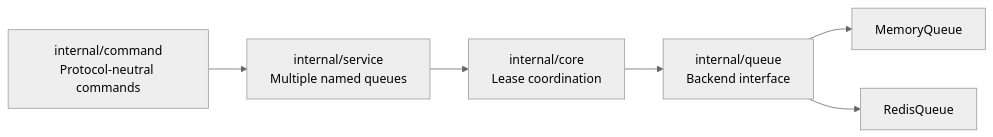
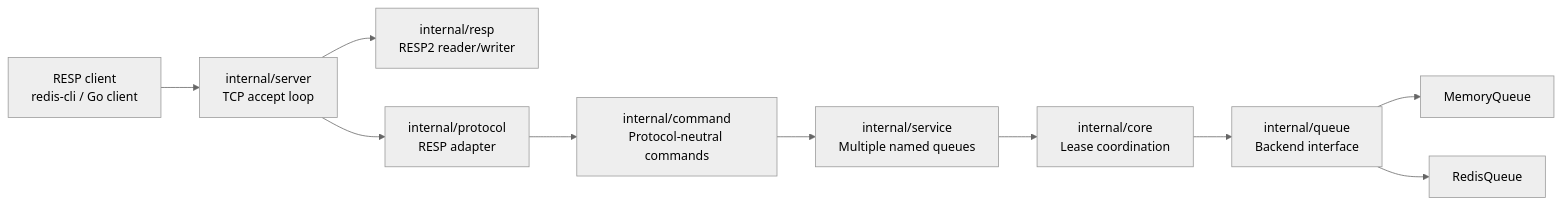
The diagram in README.md (tempoloss/moxy), drawn with Mermaid (neutral theme) before and after one commit. The commit also changed other lines of this file, not shown here.

First line of the commit message:
docs: Add TCP server usage

````diff
--- a/README.md
+++ b/README.md
@@ -86,15 +89,23 @@
 ```mermaid
 flowchart LR
+    Client["RESP client<br/>redis-cli / Go client"]
+    Server["internal/server<br/>TCP accept loop"]
+    RESP["internal/resp<br/>RESP2 reader/writer"]
+    Protocol["internal/protocol<br/>RESP adapter"]
     Command["internal/command<br/>Protocol-neutral commands"]
     Service["internal/service<br/>Multiple named queues"]
     Core["internal/core<br/>Lease coordination"]
     Queue["internal/queue<br/>Backend interface"]
     Memory["MemoryQueue"]
     Redis["RedisQueue"]
 
+    Client --> Server
+    Server --> RESP
+    Server --> Protocol
+    Protocol --> Command
     Command --> Service
     Service --> Core
     Core --> Queue
     Queue --> Memory
     Queue --> Redis
 ```
````
